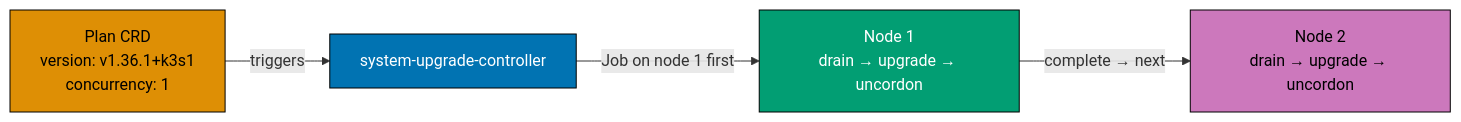
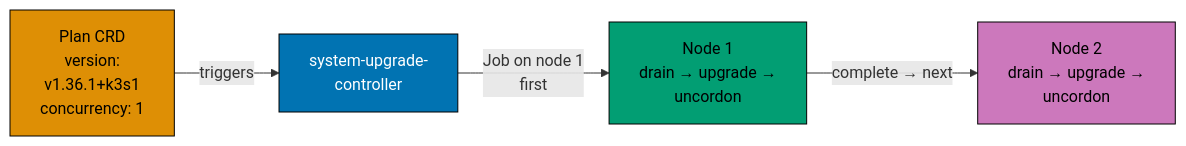
Before and after one commit to wahidyankf/ose-public: the eighth of 12 diagrams in apps/ayokoding-www/content/en/learn/legacy/software-engineering/infrastructure/tools/k3s/by-example/advanced.md, drawn with Mermaid. The commit also changed other lines of this file and 131 other files, not shown here.

First line of the commit message:
fix(mermaid): bring the legacy data, infrastructure, and testing diagrams onto the accessible palette

````diff
--- a/apps/ayokoding-www/content/en/learn/legacy/software-engineering/infrastructure/tools/k3s/by-example/advanced.md
+++ b/apps/ayokoding-www/content/en/learn/legacy/software-engineering/infrastructure/tools/k3s/by-example/advanced.md
@@ -1776,17 +1827,24 @@
 ```mermaid
 %% Color Palette: Blue #0173B2, Orange #DE8F05, Teal #029E73, Purple #CC78BC, Brown #CA9161
 graph LR
-    PLAN["Plan CRD<br/>version: v1.36.1+k3s1<br/>concurrency: 1"]
-    SUC["system-upgrade-controller"]
-    N1["Node 1<br/>drain → upgrade → uncordon"]
-    N2["Node 2<br/>drain → upgrade → uncordon"]
+    accTitle: Example 77: K3s Upgrade via system-upgrade-controller
+    accDescr: Graph with 4 nodes and 3 connections. Nodes: Plan CRD version: v1.36.1+k3s1 concurrency: 1, system-upgrade- controller, Node 1 drain → upgrade → uncordon, Node 2 drain → upgrade → uncordon. Connections: Plan CRD version: v1.36.1+k3s1 concurrency: 1 to system-upgrade- controller (triggers), system-upgrade- controller to Node 1 drain → upgrade → uncordon (Job on node 1 first), Node 1 drain → upgrade → uncordon to Node 2 drain → upgrade → uncordon (complete → next).
+    PLAN["Plan CRD<br/>version:<br/>v1.36.1+k3s1<br/>concurrency: 1"]
+    SUC["system-upgrade-<br/>controller"]
+    N1["Node 1<br/>drain → upgrade →<br/>uncordon"]
+    N2["Node 2<br/>drain → upgrade →<br/>uncordon"]
 
     PLAN -->|"triggers"| SUC
-    SUC -->|"Job on node 1 first"| N1
+    SUC -->|"Job on node 1<br/>first"| N1
     N1 -->|"complete → next"| N2
 
-    style PLAN fill:#DE8F05,stroke:#000,color:#000
-    style SUC fill:#0173B2,stroke:#000,color:#fff
-    style N1 fill:#029E73,stroke:#000,color:#fff
-    style N2 fill:#CC78BC,stroke:#000,color:#000
+    classDef pal-DE8F05 fill:#DE8F05,stroke:#000000,color:#000000
+    class PLAN pal-DE8F05
+    classDef pal-0173B2 fill:#0173B2,stroke:#000000,color:#FFFFFF
+    class SUC pal-0173B2
+    classDef pal-029E73 fill:#029E73,stroke:#000000,color:#000000
+    class N1 pal-029E73
+    classDef pal-CC78BC fill:#CC78BC,stroke:#000000,color:#000000
+    class N2 pal-CC78BC
+    classDef default fill:#FFFFFF,stroke:#000000,color:#000000
 ```
````
